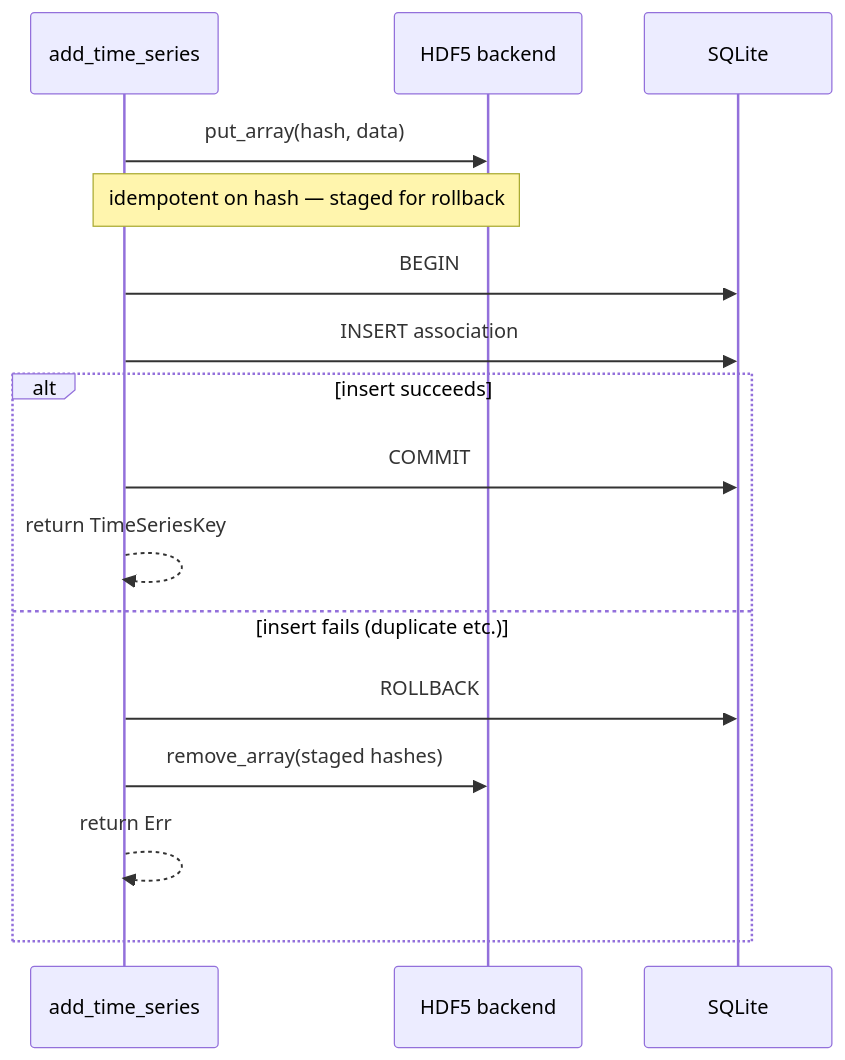
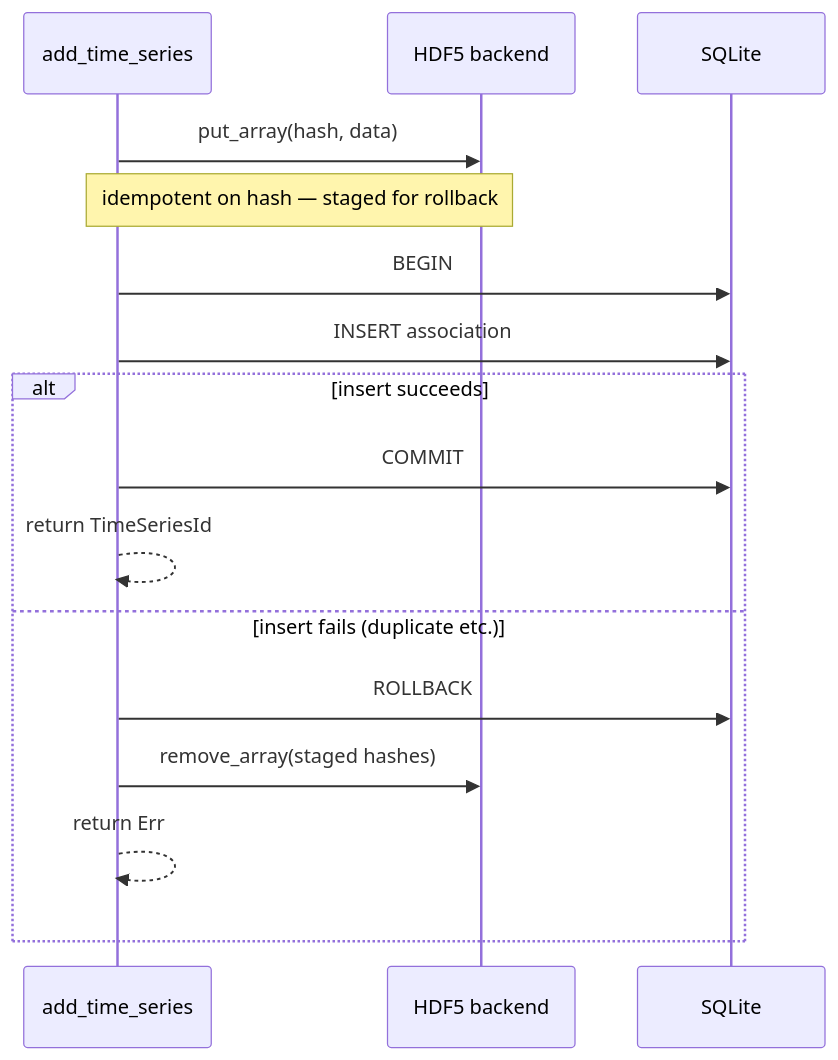
Before and after one commit to NatLabRockies/infrastore: the second of 2 diagrams in docs/src/explanation/storage-model.md, drawn with Mermaid. The commit also changed other lines of this file and 112 other files, not shown here.

````diff
--- a/docs/src/explanation/storage-model.md
+++ b/docs/src/explanation/storage-model.md
@@ -155,18 +155,18 @@
 ```mermaid
 sequenceDiagram
     participant C as add_time_series
     participant B as HDF5 backend
     participant M as SQLite
     C->>B: put_array(hash, data)
     Note over C,B: idempotent on hash — staged for rollback
     C->>M: BEGIN
     C->>M: INSERT association
     alt insert succeeds
         C->>M: COMMIT
-        C-->>C: return TimeSeriesKey
+        C-->>C: return TimeSeriesId
     else insert fails (duplicate etc.)
         C->>M: ROLLBACK
         C->>B: remove_array(staged hashes)
         C-->>C: return Err
     end
 ```
````
